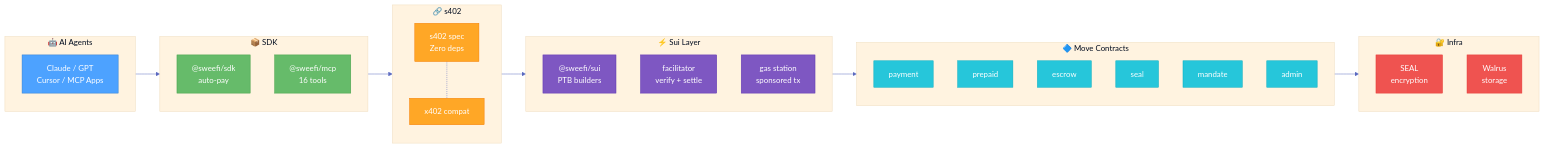
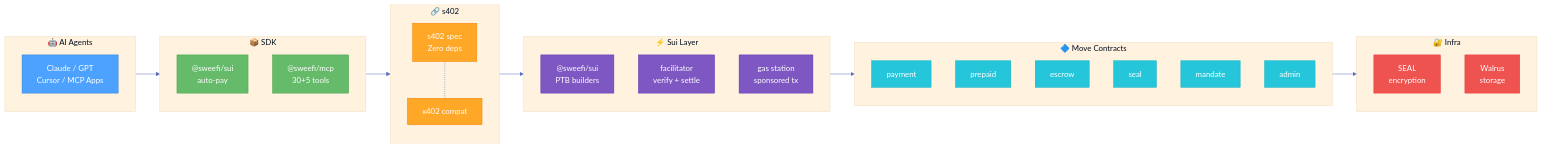
The diagram in docs/architecture.mmd (sweeinc/sweefi), drawn with Mermaid before and after one commit. The commit also changed 16 other files, not shown here.

First line of the commit message:
docs: VitePress site, ADR-007 v0.2 limitations, architecture updates

```diff
--- a/docs/architecture.mmd
+++ b/docs/architecture.mmd
@@ -1,53 +1,53 @@
 %%{init: {'theme': 'base', 'themeVariables': { 'primaryColor': '#4DA2FF', 'primaryTextColor': '#fff', 'primaryBorderColor': '#2D7DD2', 'lineColor': '#5C6BC0', 'secondaryColor': '#E8F5E9', 'tertiaryColor': '#FFF3E0', 'fontFamily': 'Inter, system-ui, sans-serif' }}}%%
 
 graph LR
     subgraph AGENTS["🤖 AI Agents"]
         A1["Claude / GPT<br/>Cursor / MCP Apps"]
     end
 
     subgraph SDK["📦 SDK"]
-        FETCH["@sweefi/sdk<br/>auto-pay"]
-        MCP["@sweefi/mcp<br/>16 tools"]
+        FETCH["@sweefi/sui<br/>auto-pay"]
+        MCP["@sweefi/mcp<br/>30+5 tools"]
     end
 
     subgraph PROTOCOL["🔗 s402"]
         CORE["s402 spec<br/>Zero deps"]
         COMPAT["x402 compat"]
     end
 
     subgraph SUI["⚡ Sui Layer"]
         PTB["@sweefi/sui<br/>PTB builders"]
         FAC["facilitator<br/>verify + settle"]
         GAS["gas station<br/>sponsored tx"]
     end
 
     subgraph CHAIN["🔷 Move Contracts"]
         PAY["payment"]
         PRE["prepaid"]
         ESC["escrow"]
         SEAL_M["seal"]
         MAN["mandate"]
         ADM["admin"]
     end
 
     subgraph INFRA["🔐 Infra"]
         SEAL["SEAL<br/>encryption"]
         WAL["Walrus<br/>storage"]
     end
 
     AGENTS --> SDK --> PROTOCOL --> SUI --> CHAIN --> INFRA
     CORE -.- COMPAT
 
     classDef agents fill:#4DA2FF,stroke:#2D7DD2,color:#fff
     classDef sdk fill:#66BB6A,stroke:#43A047,color:#fff
     classDef protocol fill:#FFA726,stroke:#F57C00,color:#fff
     classDef sui fill:#7E57C2,stroke:#5E35B1,color:#fff
     classDef chain fill:#26C6DA,stroke:#00ACC1,color:#fff
     classDef seal fill:#EF5350,stroke:#E53935,color:#fff
 
     class A1 agents
     class FETCH,MCP sdk
     class CORE,COMPAT protocol
     class PTB,FAC,GAS sui
     class PAY,PRE,ESC,SEAL_M,MAN,ADM chain
     class SEAL,WAL seal
```
